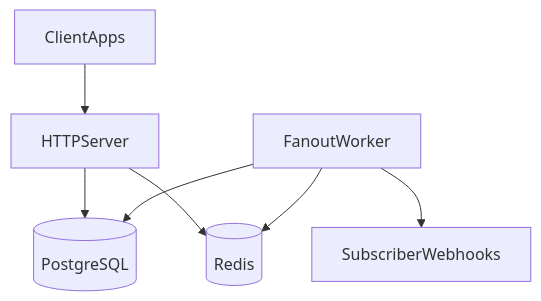
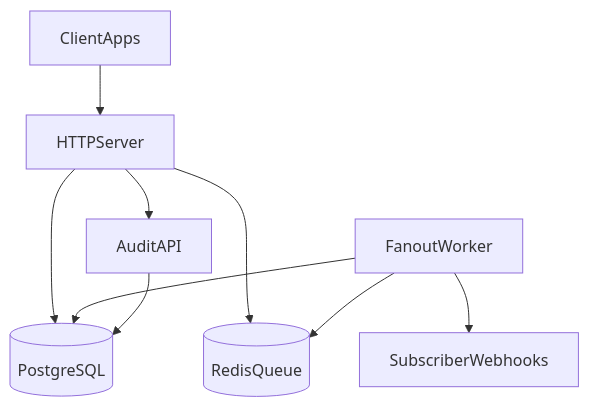
Before and after one commit to shwetaudacious/event-fanout: the diagram in README.md, drawn with Mermaid. The commit also changed other lines of this file and 29 other files, not shown here.

````diff
--- a/README.md
+++ b/README.md
@@ -102,9 +52,11 @@
 ```mermaid
 flowchart TB
     Client[ClientApps] --> API[HTTPServer]
     API --> PG[(PostgreSQL)]
-    API --> Redis[(Redis)]
-    Worker[FanoutWorker] --> PG
-    Worker --> Redis
+    API --> Redis[(RedisQueue)]
+    Worker[FanoutWorker] --> Redis
+    Worker --> PG
     Worker --> Webhooks[SubscriberWebhooks]
+    API --> Audit[AuditAPI]
+    Audit --> PG
 ```
````
